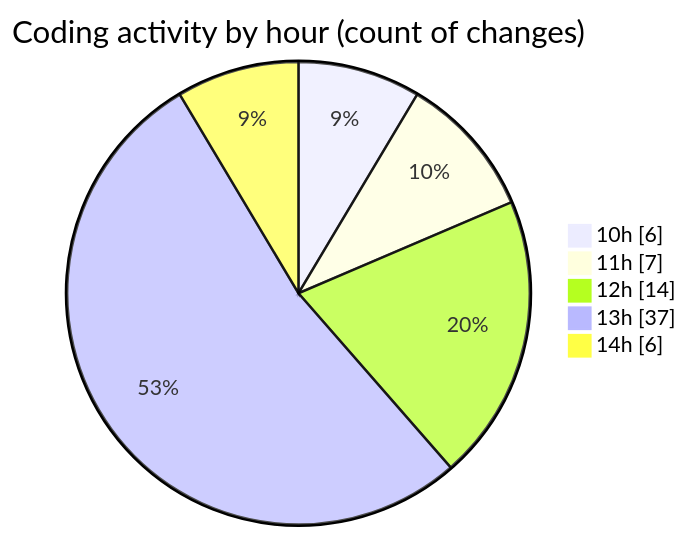
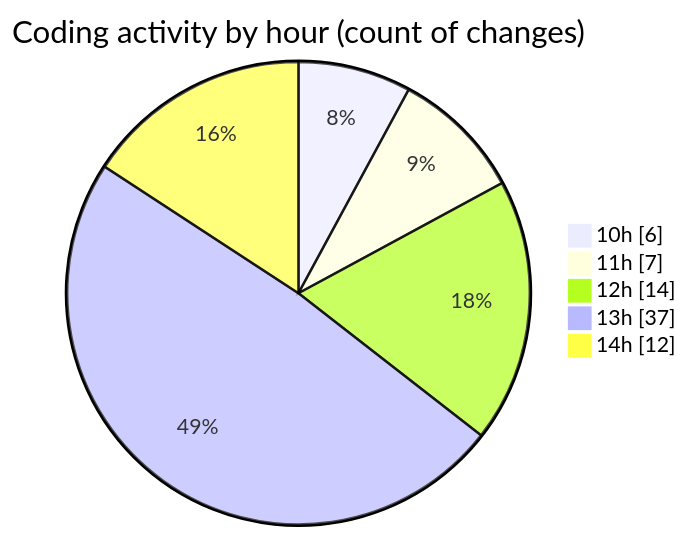
One commit to momahboobian/code-tracking changed the second of 2 diagrams in 2025-06-23/cda/README.md. Above: the diagram before and after it, drawn with Mermaid. The commit also changed other lines of this file and 1 other file, not shown here.

````diff
--- a/2025-06-23/cda/README.md
+++ b/2025-06-23/cda/README.md
@@ -39,9 +39,9 @@
 ```mermaid
 pie showData
 title Coding activity by hour (count of changes)
 "10h" : 6
 "11h" : 7
 "12h" : 14
 "13h" : 37
-"14h" : 6
+"14h" : 12
 ```
````
